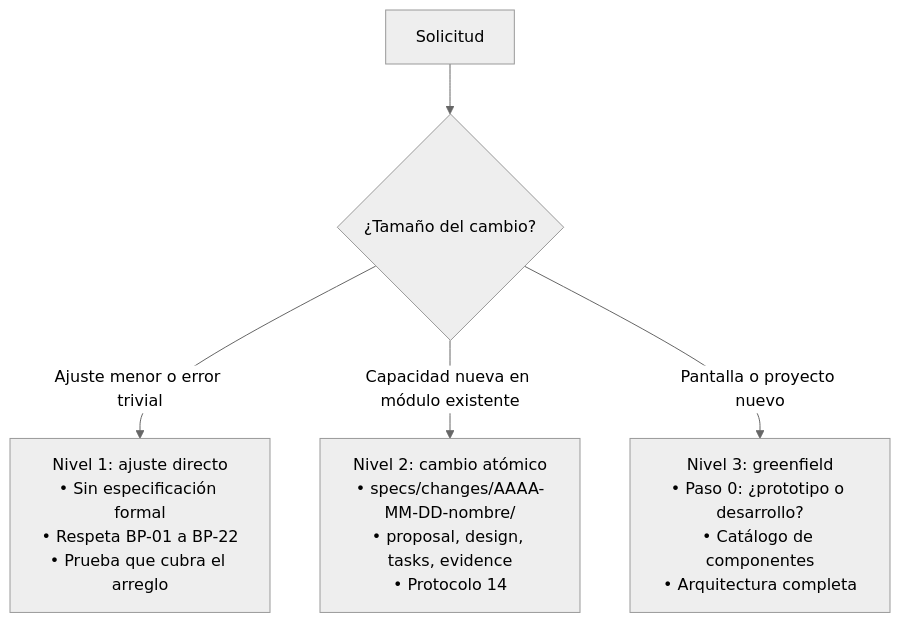
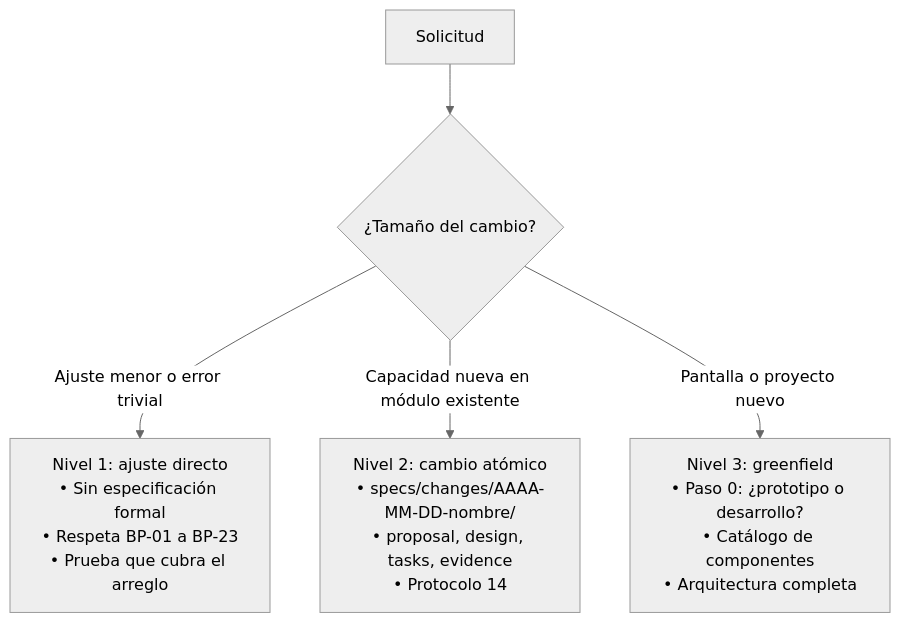
One commit to jnmontoy/sdd changed the diagram in greenfield/SPEC_GUIDE.md. Above: the diagram before and after it, drawn with Mermaid (neutral theme). The commit also changed other lines of this file and 9 other files, not shown here.

Commit message:
feat: add comprehensive SDD components and guidelines for login module and greenfield architecture

````diff
--- a/greenfield/SPEC_GUIDE.md
+++ b/greenfield/SPEC_GUIDE.md
@@ -27,7 +27,7 @@
 ```mermaid
 flowchart TD
     Req[Solicitud] --> Clasif{¿Tamaño del cambio?}
-    Clasif -->|Ajuste menor o error trivial| N1["Nivel 1: ajuste directo<br/>• Sin especificación formal<br/>• Respeta BP-01 a BP-22<br/>• Prueba que cubra el arreglo"]
+    Clasif -->|Ajuste menor o error trivial| N1["Nivel 1: ajuste directo<br/>• Sin especificación formal<br/>• Respeta BP-01 a BP-23<br/>• Prueba que cubra el arreglo"]
     Clasif -->|Capacidad nueva en módulo existente| N2["Nivel 2: cambio atómico<br/>• specs/changes/AAAA-MM-DD-nombre/<br/>• proposal, design, tasks, evidence<br/>• Protocolo 14"]
     Clasif -->|Pantalla o proyecto nuevo| N3["Nivel 3: greenfield<br/>• Paso 0: ¿prototipo o desarrollo?<br/>• Catálogo de componentes<br/>• Arquitectura completa"]
 ```
````
